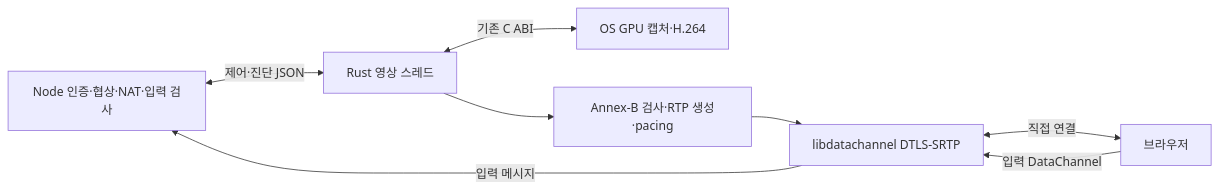
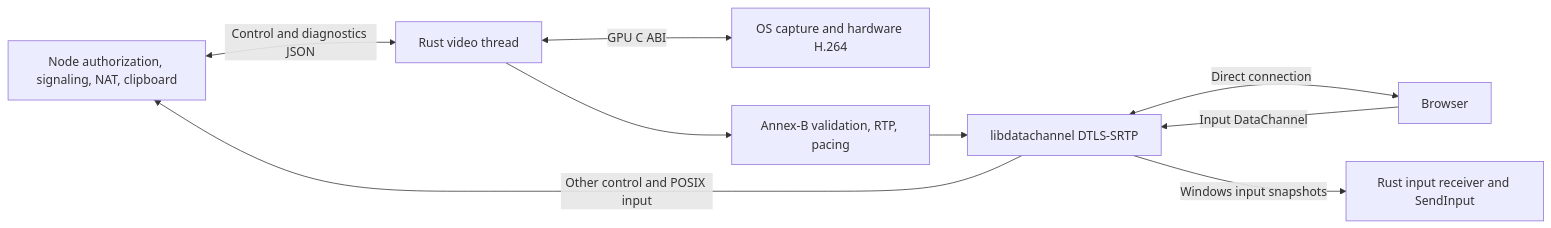
Before and after one commit to s-saens/mew: the diagram in .mew/docs/development/remote-desktop-rust.md, drawn with Mermaid. The commit also changed other lines of this file and 35 other files, not shown here.

````diff
--- a/.mew/docs/development/remote-desktop-rust.md
+++ b/.mew/docs/development/remote-desktop-rust.md
@@ -12,10 +12,11 @@
 ```mermaid
 flowchart LR
-  N[Node 인증·협상·NAT·입력 검사] <-->|제어·진단 JSON| R[Rust 영상 스레드]
-  R <-->|기존 C ABI| G[OS GPU 캡처·H.264]
-  R --> P[Annex-B 검사·RTP 생성·pacing]
+  N[Node authorization, signaling, NAT, clipboard] <-->|Control and diagnostics JSON| R[Rust video thread]
+  R <-->|GPU C ABI| G[OS capture and hardware H.264]
+  R --> P[Annex-B validation, RTP, pacing]
   P --> T[libdatachannel DTLS-SRTP]
-  T <-->|직접 연결| B[브라우저]
-  B -->|입력 DataChannel| T
-  T -->|입력 메시지| N
+  T <-->|Direct connection| B[Browser]
+  B -->|Input DataChannel| T
+  T -->|Windows input snapshots| I[Rust input receiver and SendInput]
+  T -->|Other control and POSIX input| N
 ```
````
